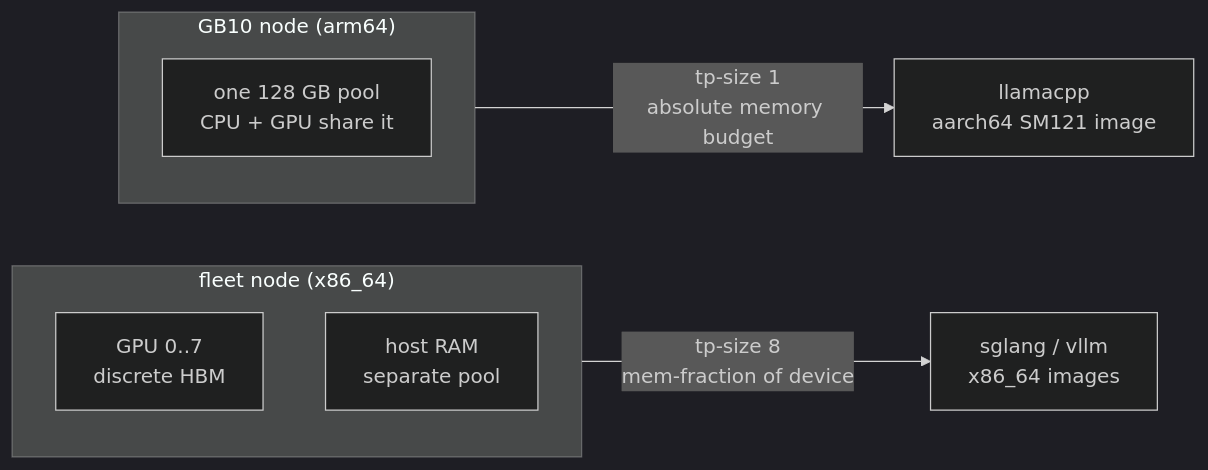
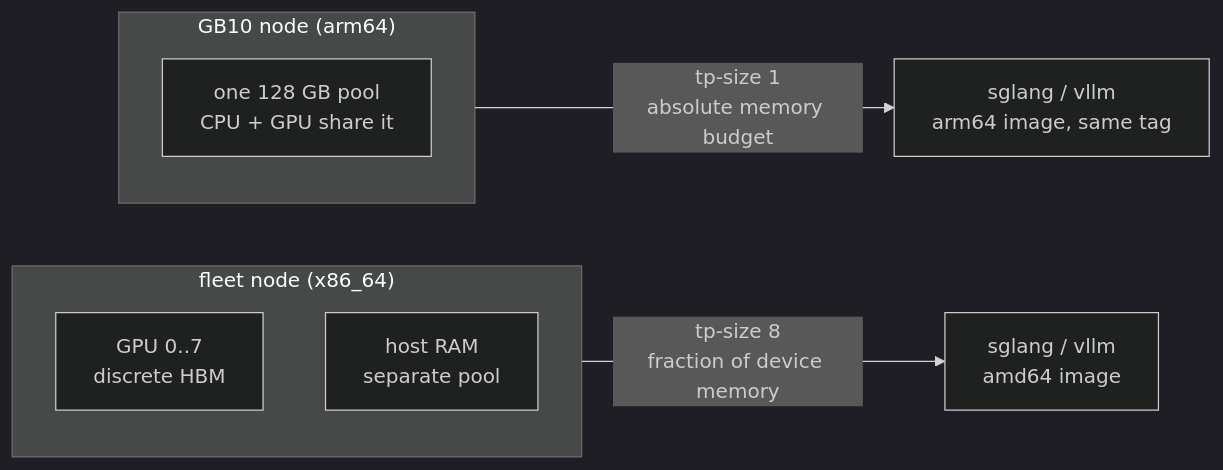
One commit to latere-ai/llmops changed the diagram in specs/019-gb10-serving-target.md. Above: the diagram before and after it, drawn with Mermaid (dark theme). The commit also changed other lines of this file and 1 other file, not shown here.

````diff
--- a/specs/019-gb10-serving-target.md
+++ b/specs/019-gb10-serving-target.md
@@ -132,14 +147,14 @@
 ```mermaid
 flowchart LR
   subgraph fleet["fleet node (x86_64)"]
     direction TB
     G1["GPU 0..7<br/>discrete HBM"]
     H1["host RAM<br/>separate pool"]
   end
   subgraph gb10["GB10 node (arm64)"]
     direction TB
     U["one 128 GB pool<br/>CPU + GPU share it"]
   end
-  fleet -->|"tp-size 8<br/>mem-fraction of device"| A["sglang / vllm<br/>x86_64 images"]
-  gb10 -->|"tp-size 1<br/>absolute memory budget"| B["llamacpp<br/>aarch64 SM121 image"]
+  fleet -->|"tp-size 8<br/>fraction of device memory"| A["sglang / vllm<br/>amd64 image"]
+  gb10 -->|"tp-size 1<br/>absolute memory budget"| B["sglang / vllm<br/>arm64 image, same tag"]
 ```
````
